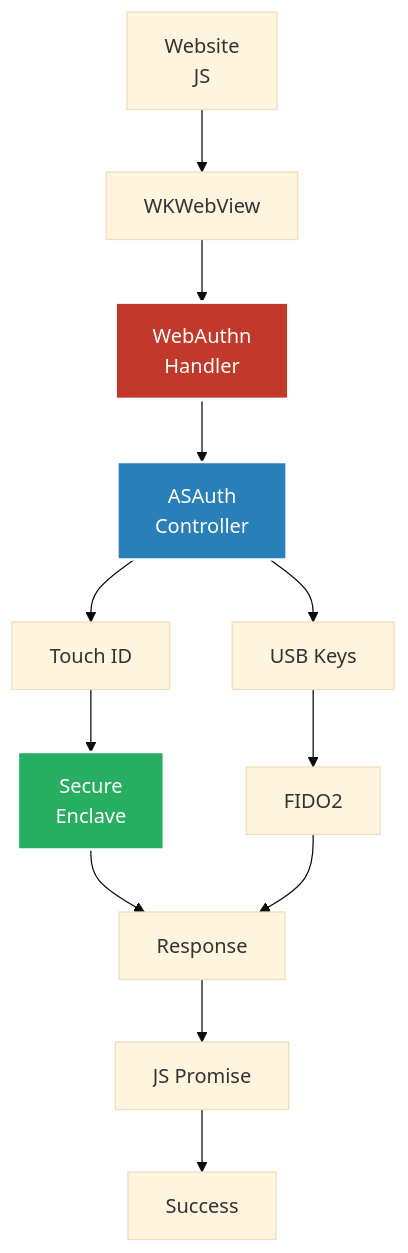
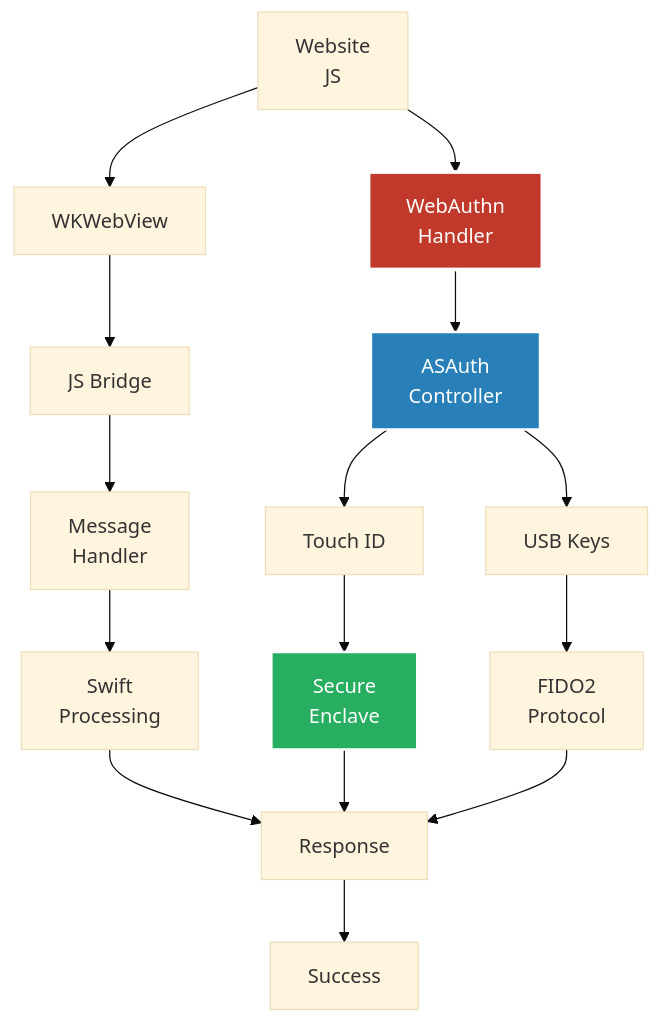
One commit to webauthnai/Web-Man changed the sixth of 7 diagrams in README.md. Above: the diagram before and after it, drawn with Mermaid (base theme). The commit also changed other lines of this file and 1 other file, not shown here.

````diff
--- a/README.md
+++ b/README.md
@@ -288,21 +288,25 @@
 ```mermaid
-graph TB
+graph TD
     A[Website<br/>JS] --> B[WKWebView]
-    B --> C[WebAuthn<br/>Handler]
-    C --> D[ASAuth<br/>Controller]
+    A --> C[WebAuthn<br/>Handler]
     
-    D --> E[Touch ID]
-    D --> F[USB Keys]
+    B --> D[JS Bridge]
+    C --> E[ASAuth<br/>Controller]
     
-    E --> G[Secure<br/>Enclave]
-    F --> H[FIDO2]
+    D --> F[Message<br/>Handler]
+    E --> G[Touch ID]
+    E --> H[USB Keys]
     
-    G --> I[Response]
-    H --> I
-    I --> J[JS Promise]
-    J --> K[Success]
+    F --> I[Swift<br/>Processing]
+    G --> J[Secure<br/>Enclave]
+    H --> K[FIDO2<br/>Protocol]
+    
+    I --> L[Response]
+    J --> L
+    K --> L
+    L --> M[Success]
     
     style C fill:#c0392b,stroke:#fff,stroke-width:3px,color:#fff
-    style D fill:#2980b9,stroke:#fff,stroke-width:2px,color:#fff
-    style G fill:#27ae60,stroke:#fff,stroke-width:2px,color:#fff
+    style E fill:#2980b9,stroke:#fff,stroke-width:2px,color:#fff
+    style J fill:#27ae60,stroke:#fff,stroke-width:2px,color:#fff
 ```
````
